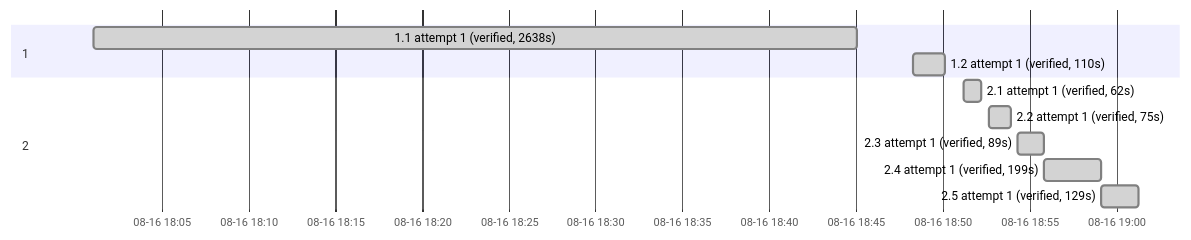
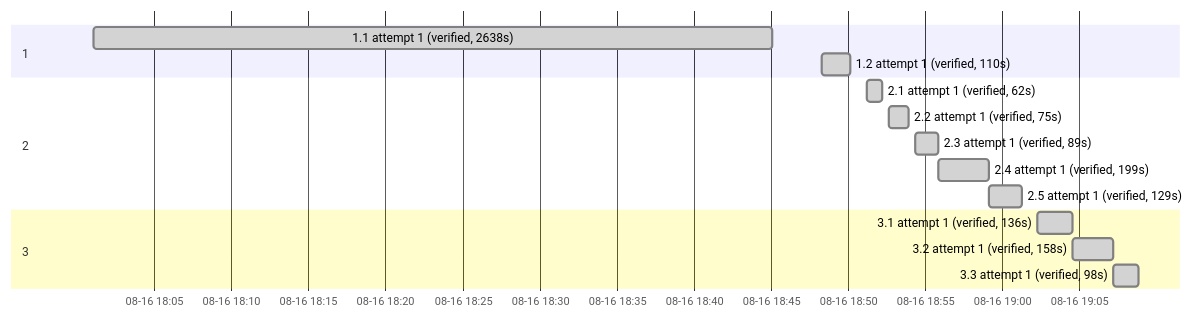
The second of 2 diagrams in .specs/preact-frontend/05_execution.md (sohampatwardhan/MoodLightPi), drawn with Mermaid before and after one commit. The commit also changed other lines of this file and 23 other files, not shown here.

````diff
--- a/.specs/preact-frontend/05_execution.md
+++ b/.specs/preact-frontend/05_execution.md
@@ -137,14 +162,18 @@
 ```mermaid
 gantt
     dateFormat YYYY-MM-DDTHH:mm:ss
     axisFormat %m-%d %H:%M
     section 1
     1.1 attempt 1 (verified, 2638s) :done, b_1_1_attempt1, 2026-08-16T18:01:04, 2026-08-16T18:45:02
     1.2 attempt 1 (verified, 110s) :done, b_1_2_attempt1, 2026-08-16T18:48:17, 2026-08-16T18:50:07
     section 2
     2.1 attempt 1 (verified, 62s) :done, b_2_1_attempt1, 2026-08-16T18:51:11, 2026-08-16T18:52:13
     2.2 attempt 1 (verified, 75s) :done, b_2_2_attempt1, 2026-08-16T18:52:39, 2026-08-16T18:53:54
     2.3 attempt 1 (verified, 89s) :done, b_2_3_attempt1, 2026-08-16T18:54:20, 2026-08-16T18:55:49
     2.4 attempt 1 (verified, 199s) :done, b_2_4_attempt1, 2026-08-16T18:55:49, 2026-08-16T18:59:08
     2.5 attempt 1 (verified, 129s) :done, b_2_5_attempt1, 2026-08-16T18:59:08, 2026-08-16T19:01:17
+    section 3
+    3.1 attempt 1 (verified, 136s) :done, b_3_1_attempt1, 2026-08-16T19:02:17, 2026-08-16T19:04:33
+    3.2 attempt 1 (verified, 158s) :done, b_3_2_attempt1, 2026-08-16T19:04:33, 2026-08-16T19:07:11
+    3.3 attempt 1 (verified, 98s) :done, b_3_3_attempt1, 2026-08-16T19:07:11, 2026-08-16T19:08:49
 ```
````
